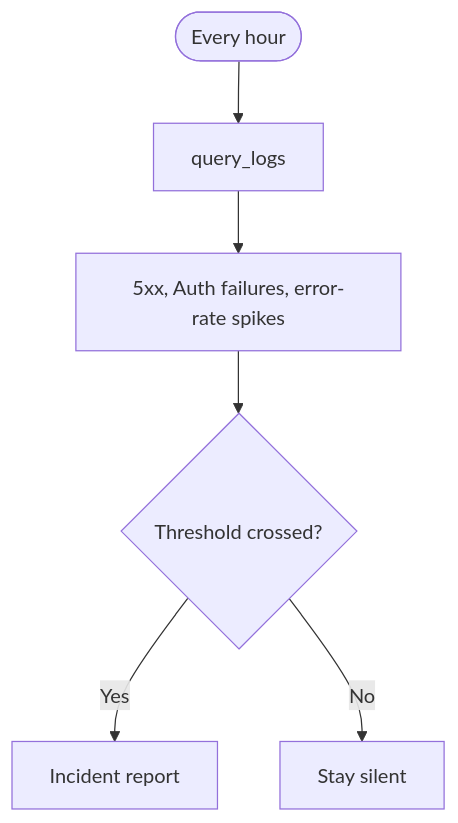
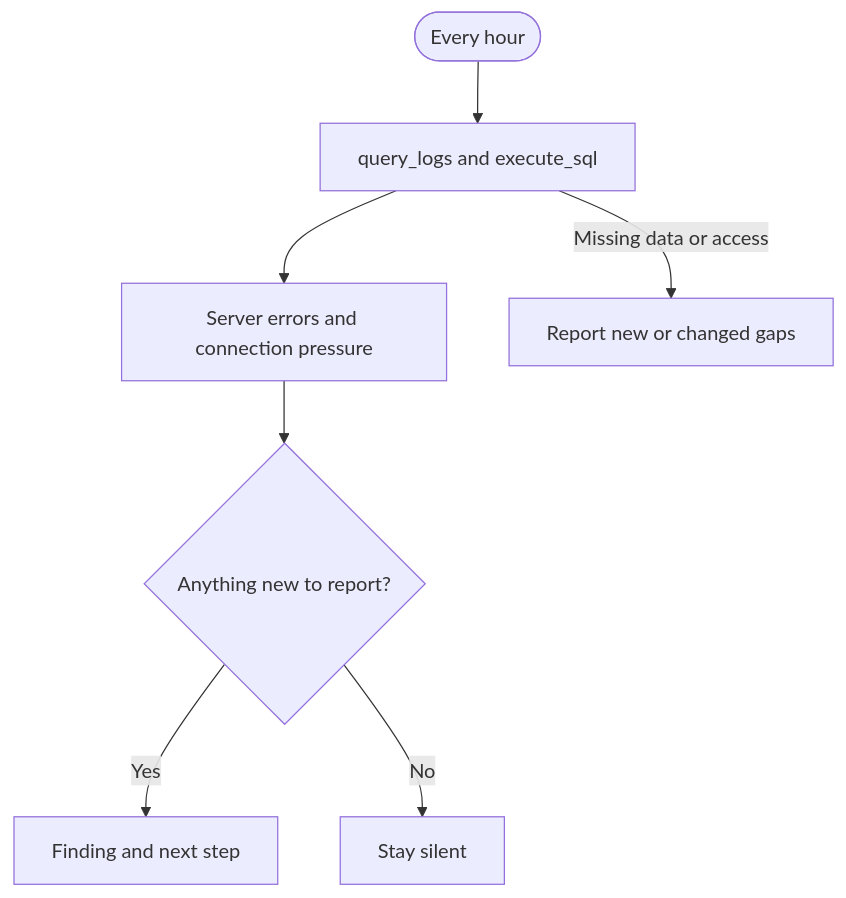
One commit to supabase/supabase changed the diagram in apps/docs/content/guides/observability/automate-with-agents/health.mdx. Above: the diagram before and after it, drawn with Mermaid. The commit also changed other lines of this file and 10 other files, not shown here.

````diff
--- a/apps/docs/content/guides/observability/automate-with-agents/health.mdx
+++ b/apps/docs/content/guides/observability/automate-with-agents/health.mdx
@@ -8,8 +8,9 @@
 ```mermaid
 flowchart TD
-  Schedule([Every hour]) --> Inspect[query_logs]
-  Inspect --> Signals["5xx, Auth failures, error-rate spikes"]
-  Signals --> Threshold{Threshold crossed?}
-  Threshold -->|Yes| Report[Incident report]
-  Threshold -->|No| Silent[Stay silent]
+  Schedule([Every hour]) --> Inspect[query_logs and execute_sql]
+  Inspect --> Signals["Server errors and connection pressure"]
+  Signals --> Review{Anything new to report?}
+  Review -->|Yes| Report[Finding and next step]
+  Review -->|No| Silent[Stay silent]
+  Inspect -->|Missing data or access| Gap[Report new or changed gaps]
 ```
````
